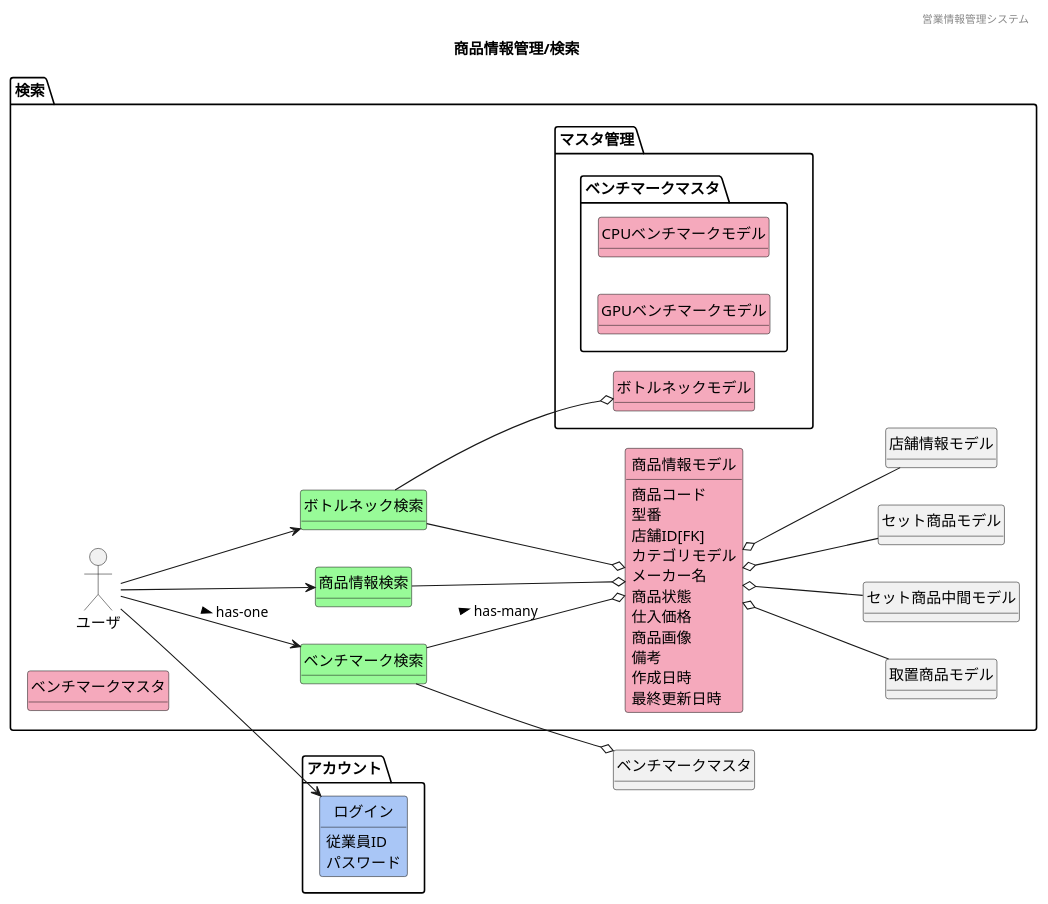
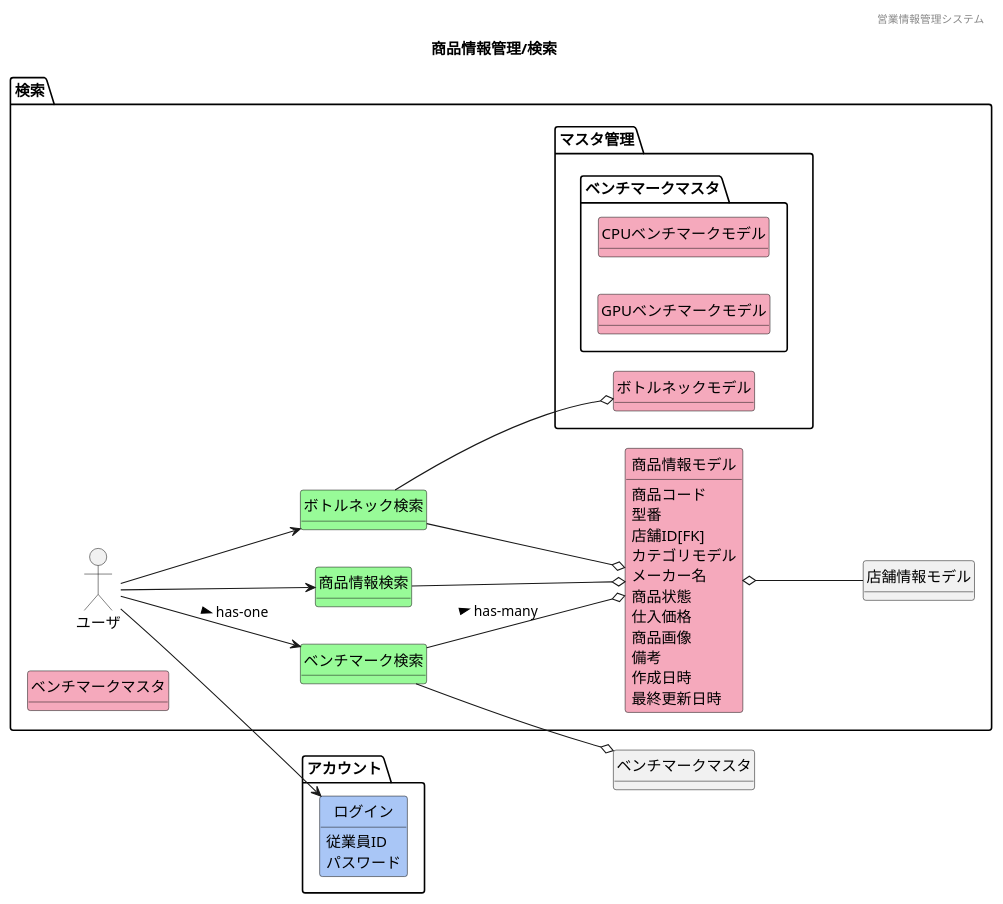
The diagram in 各種設計書/1ドメインモデル図/商品情報管理/F08検索.plantuml (HaruShim/Sotuken), drawn with PlantUML before and after one commit. The commit also changed 11 other files, not shown here.

```diff
--- a/各種設計書/1ドメインモデル図/商品情報管理/F08検索.plantuml
+++ b/各種設計書/1ドメインモデル図/商品情報管理/F08検索.plantuml
@@ -1,71 +1,65 @@
 @startuml ../images/商品情報管理/検索
 ' ヘッダー
 header 営業情報管理システム
 ' タイトル
 title 商品情報管理/検索
 ' 
 hide circle
 ' 
 hide method
 left to right direction
 
 package "アカウント"{
     class "ログイン" #A9C6F6
 
 }
 package "検索"{
 'ユーザや外部システム
     mix_actor "ユーザ"
     class "商品情報検索" #98fb98
     class "ボトルネック検索" #98fb98
     class "ベンチマーク検索" #98fb98
     class "商品情報モデル" #F5A9BC
     class "ベンチマークマスタ" #F5A9BC
     class "商品情報モデル" #F5A9BC
-    class "取置商品モデル"
-    class "セット商品中間モデル"
-    class "セット商品モデル"
     class "店舗情報モデル"
     package "マスタ管理"{
         package ベンチマークマスタ{
             class "CPUベンチマークモデル" #F5A9BC
             class "GPUベンチマークモデル" #F5A9BC
         }
         class "ボトルネックモデル" #F5A9BC
     }
     
 }
     ' class "" #F5A9BC
     ' class "" #ffd700
 
     'モデル同士の関係
     ユーザ --> 商品情報検索
     ユーザ --> ボトルネック検索
     ユーザ --> ベンチマーク検索 : > has-one
     ユーザ --> ログイン
     商品情報検索 --o 商品情報モデル
     ボトルネック検索 --o 商品情報モデル
     ボトルネック検索 --o ボトルネックモデル
     ベンチマーク検索 --o 商品情報モデル: > has-many
     ベンチマーク検索 --o ベンチマークマスタ
-    商品情報モデル o-- 取置商品モデル
-    商品情報モデル o-- セット商品モデル
-    商品情報モデル o-- セット商品中間モデル
     商品情報モデル o-- 店舗情報モデル
     ' 商品情報モデル o-- マスタ管理
 
     'ドメインクラスの属性
     商品情報モデル : 商品コード
     商品情報モデル : 型番
     商品情報モデル : 店舗ID[FK]
     商品情報モデル : カテゴリモデル
     商品情報モデル : メーカー名
     商品情報モデル : 商品状態
     商品情報モデル : 仕入価格
     商品情報モデル : 商品画像
     商品情報モデル : 備考
     商品情報モデル : 作成日時
     商品情報モデル : 最終更新日時
     ログイン : 従業員ID
     ログイン : パスワード
 @enduml
```
